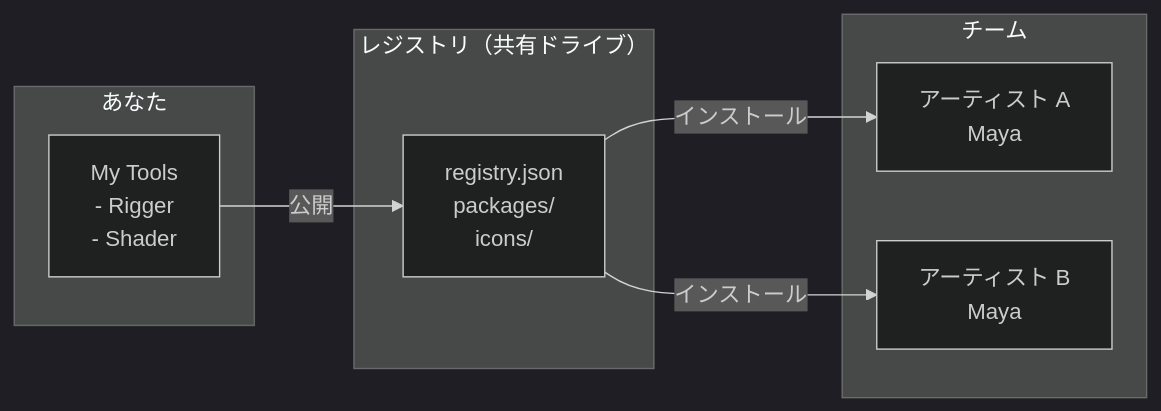
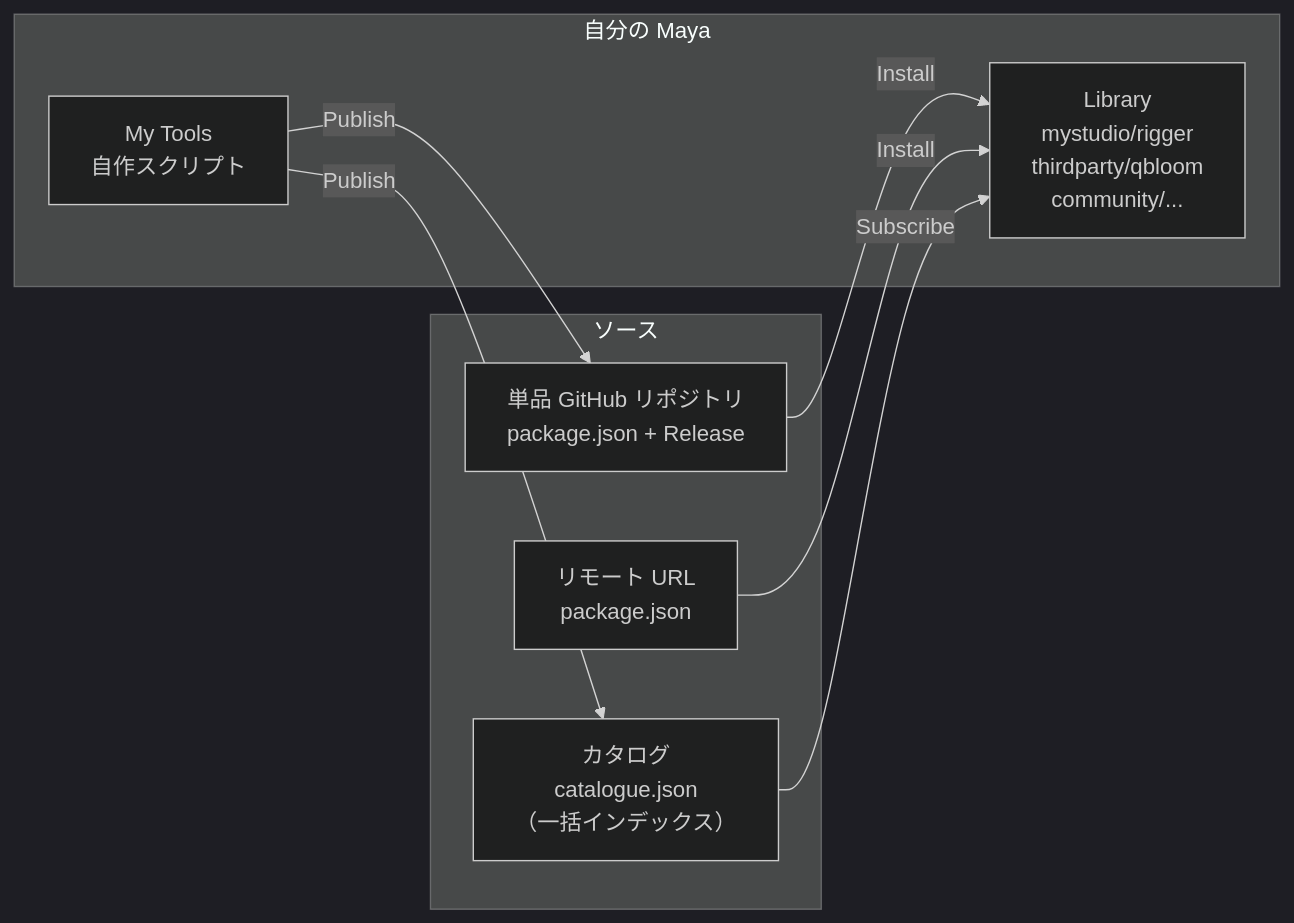
The first of 2 diagrams in README_ja.md (cignoir/carton), drawn with Mermaid (dark theme) before and after one commit. The commit also changed other lines of this file, not shown here.

First line of the commit message:
docs(readme): rewrite README_ja.md for v5.0 Package-first model

````diff
--- a/README_ja.md
+++ b/README_ja.md
@@ -11,16 +11,17 @@
 ```mermaid
 flowchart LR
-    subgraph "あなた"
-        MT["My Tools\n- Rigger\n- Shader"]
+    subgraph "ソース"
+        G["単品 GitHub リポジトリ<br>package.json + Release"]
+        U["リモート URL<br>package.json"]
+        C["カタログ<br>catalogue.json<br>（一括インデックス）"]
     end
-    subgraph "レジストリ（共有ドライブ）"
-        R["registry.json\npackages/\nicons/"]
+    subgraph You["自分の Maya"]
+        LIB["Library<br>mystudio/rigger<br>thirdparty/qbloom<br>community/..."]
+        MT["My Tools<br>自作スクリプト"]
     end
-    subgraph "チーム"
-        A["アーティスト A\nMaya"]
-        B["アーティスト B\nMaya"]
-    end
-    MT -- 公開 --> R
-    R -- インストール --> A
-    R -- インストール --> B
+    G -- Install --> LIB
+    U -- Install --> LIB
+    C -- Subscribe --> LIB
+    MT -- Publish --> G
+    MT -- Publish --> C
 ```
````
